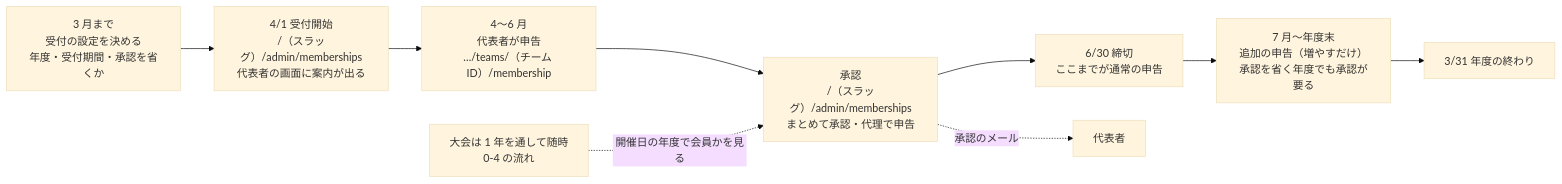
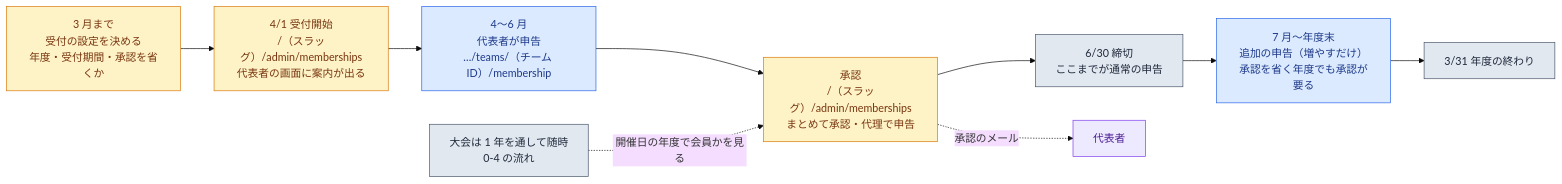
Before and after one commit to naki27/beachball-portal: the sixth of 7 diagrams in docs/ops.md, drawn with Mermaid (base theme). The commit also changed other lines of this file, not shown here.

First line of the commit message:
docs: 運用フロー図の色分け（ops.md の mermaid に classDef）

````diff
--- a/docs/ops.md
+++ b/docs/ops.md
@@ -194,14 +201,19 @@
 ```mermaid
 flowchart LR
-  Y1["3 月まで<br/>受付の設定を決める<br/>年度・受付期間・承認を省くか"]
-  Y2["4/1 受付開始<br/>/（スラッグ）/admin/memberships<br/>代表者の画面に案内が出る"]
-  Y3["4〜6 月<br/>代表者が申告<br/>…/teams/（チーム ID）/membership"]
-  Y4["承認<br/>/（スラッグ）/admin/memberships<br/>まとめて承認・代理で申告"]
-  Y5["6/30 締切<br/>ここまでが通常の申告"]
-  Y6["7 月〜年度末<br/>追加の申告（増やすだけ）<br/>承認を省く年度でも承認が要る"]
-  Y7["3/31 年度の終わり"]
+  Y1["3 月まで<br/>受付の設定を決める<br/>年度・受付期間・承認を省くか"]:::admin
+  Y2["4/1 受付開始<br/>/（スラッグ）/admin/memberships<br/>代表者の画面に案内が出る"]:::admin
+  Y3["4〜6 月<br/>代表者が申告<br/>…/teams/（チーム ID）/membership"]:::rep
+  Y4["承認<br/>/（スラッグ）/admin/memberships<br/>まとめて承認・代理で申告"]:::admin
+  Y5["6/30 締切<br/>ここまでが通常の申告"]:::job
+  Y6["7 月〜年度末<br/>追加の申告（増やすだけ）<br/>承認を省く年度でも承認が要る"]:::rep
+  Y7["3/31 年度の終わり"]:::job
 
   Y1 --> Y2 --> Y3 --> Y4 --> Y5 --> Y6 --> Y7
-  Y4 -.->|"承認のメール"| R1["代表者"]
-  T1["大会は 1 年を通して随時<br/>0-4 の流れ"] -.->|"開催日の年度で会員かを見る"| Y4
+  Y4 -.->|"承認のメール"| R1["代表者"]:::actor
+  T1["大会は 1 年を通して随時<br/>0-4 の流れ"]:::job -.->|"開催日の年度で会員かを見る"| Y4
+
+  classDef admin fill:#fef3c7,stroke:#d97706,color:#78350f
+  classDef rep fill:#dbeafe,stroke:#2563eb,color:#1e3a8a
+  classDef job fill:#e2e8f0,stroke:#475569,color:#1e293b
+  classDef actor fill:#ede9fe,stroke:#7c3aed,color:#4c1d95
 ```
````
